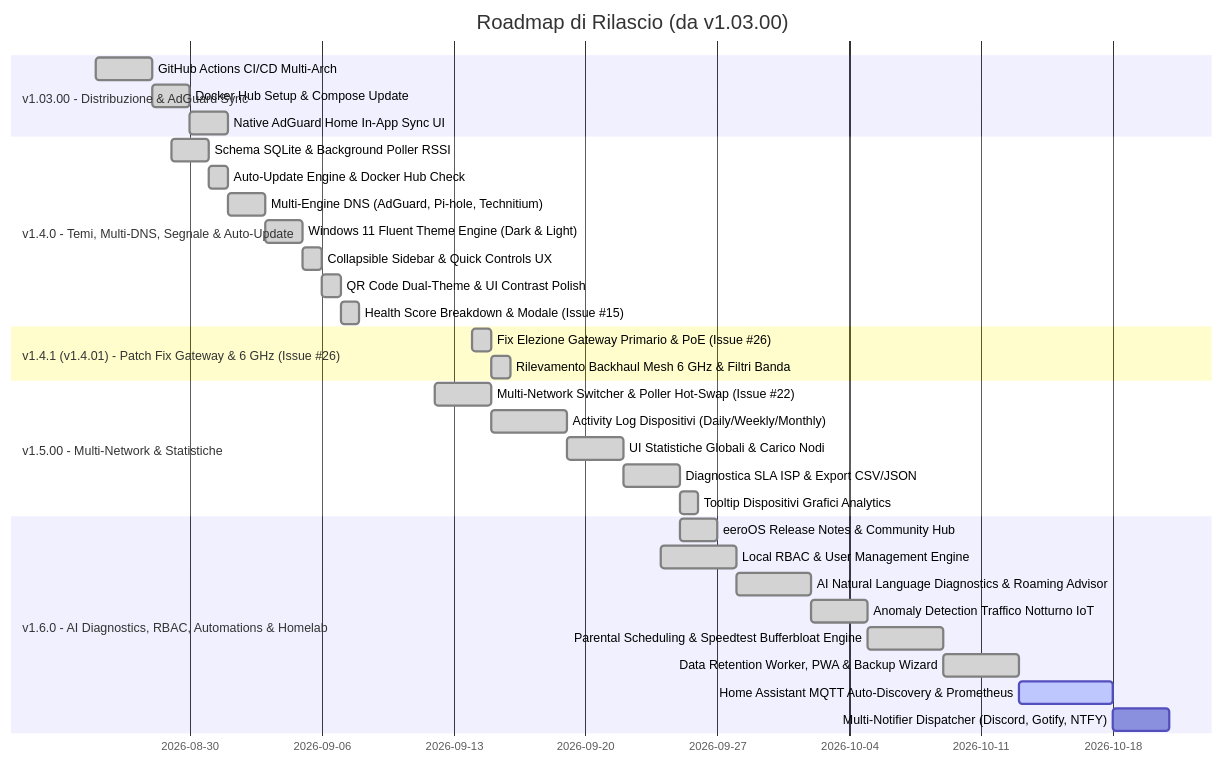
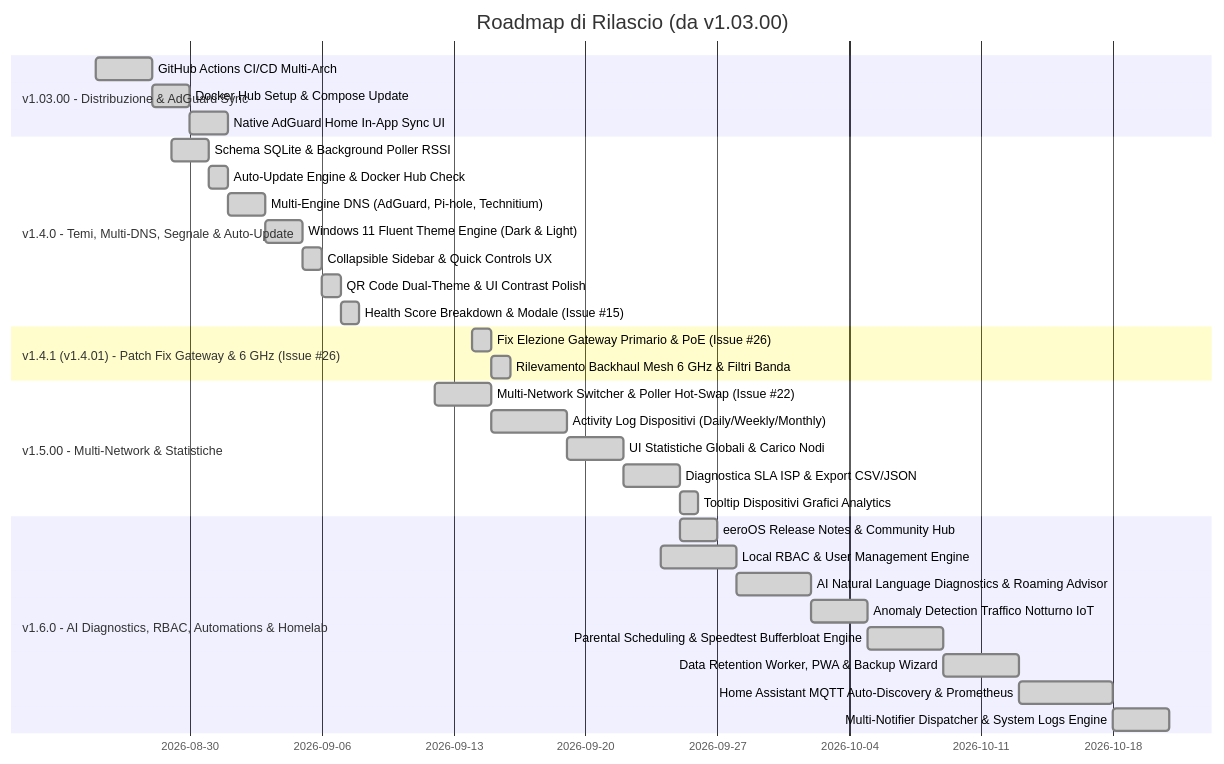
The diagram in ROADMAP.md (EnricoFlammini/Dashboard_EERO), drawn with Mermaid before and after one commit. The commit also changed other lines of this file and 22 other files, not shown here.

First line of the commit message:
feat(v1.6.0): implement module 4 system logs, homelab mqtt, prometheus and multi-channel alerts

````diff
--- a/ROADMAP.md
+++ b/ROADMAP.md
@@ -20,35 +20,35 @@
 ```mermaid
 gantt
     title Roadmap di Rilascio (da v1.03.00)
     dateFormat  YYYY-MM-DD
     section v1.03.00 - Distribuzione & AdGuard Sync
     GitHub Actions CI/CD Multi-Arch       :done, v1_3a, 2026-08-25, 3d
     Docker Hub Setup & Compose Update    :done, v1_3b, after v1_3a, 2d
     Native AdGuard Home In-App Sync UI   :done, v1_3c, after v1_3b, 2d
     section v1.4.0 - Temi, Multi-DNS, Segnale & Auto-Update
     Schema SQLite & Background Poller RSSI:done, v1_4a, 2026-08-29, 2d
     Auto-Update Engine & Docker Hub Check :done, v1_4b, after v1_4a, 1d
     Multi-Engine DNS (AdGuard, Pi-hole, Technitium):done, v1_4c, after v1_4b, 2d
     Windows 11 Fluent Theme Engine (Dark & Light):done, v1_4d, after v1_4c, 2d
     Collapsible Sidebar & Quick Controls UX:done, v1_4g, after v1_4d, 1d
     QR Code Dual-Theme & UI Contrast Polish:done, v1_4e, after v1_4g, 1d
     Health Score Breakdown & Modale (Issue #15):done, v1_4f, after v1_4e, 1d
     section v1.4.1 (v1.4.01) - Patch Fix Gateway & 6 GHz (Issue #26)
     Fix Elezione Gateway Primario & PoE (Issue #26):done, v1_41a, 2026-09-14, 1d
     Rilevamento Backhaul Mesh 6 GHz & Filtri Banda:done, v1_41b, after v1_41a, 1d
     section v1.5.00 - Multi-Network & Statistiche
     Multi-Network Switcher & Poller Hot-Swap (Issue #22):done, v1_5a, 2026-09-12, 3d
     Activity Log Dispositivi (Daily/Weekly/Monthly):done, v1_5b, after v1_5a, 4d
     UI Statistiche Globali & Carico Nodi :done, v1_5c, after v1_5b, 3d
     Diagnostica SLA ISP & Export CSV/JSON :done, v1_5d, after v1_5c, 3d
     Tooltip Dispositivi Grafici Analytics :done, v1_5e, after v1_5d, 1d
     section v1.6.0 - AI Diagnostics, RBAC, Automations & Homelab
     eeroOS Release Notes & Community Hub :done, v1_6_news, 2026-09-25, 2d
     Local RBAC & User Management Engine               :done, v1_6a, 2026-09-24, 4d
     AI Natural Language Diagnostics & Roaming Advisor :done, v1_6b, after v1_6a, 4d
     Anomaly Detection Traffico Notturno IoT           :done, v1_6c, after v1_6b, 3d
     Parental Scheduling & Speedtest Bufferbloat Engine :done, v1_6d, after v1_6c, 4d
     Data Retention Worker, PWA & Backup Wizard         :done, v1_6g, after v1_6d, 4d
-    Home Assistant MQTT Auto-Discovery & Prometheus    :active, v1_6e, after v1_6g, 5d
-    Multi-Notifier Dispatcher (Discord, Gotify, NTFY)  :v1_6f, after v1_6e, 3d
+    Home Assistant MQTT Auto-Discovery & Prometheus    :done, v1_6e, after v1_6g, 5d
+    Multi-Notifier Dispatcher & System Logs Engine     :done, v1_6f, after v1_6e, 3d
 ```
````
